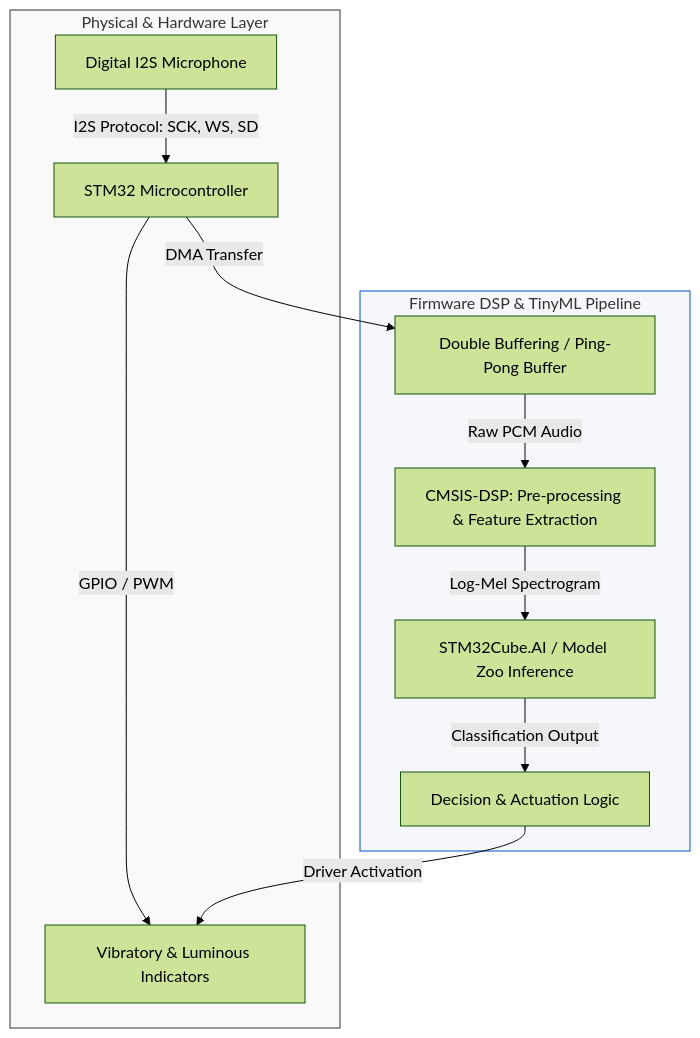
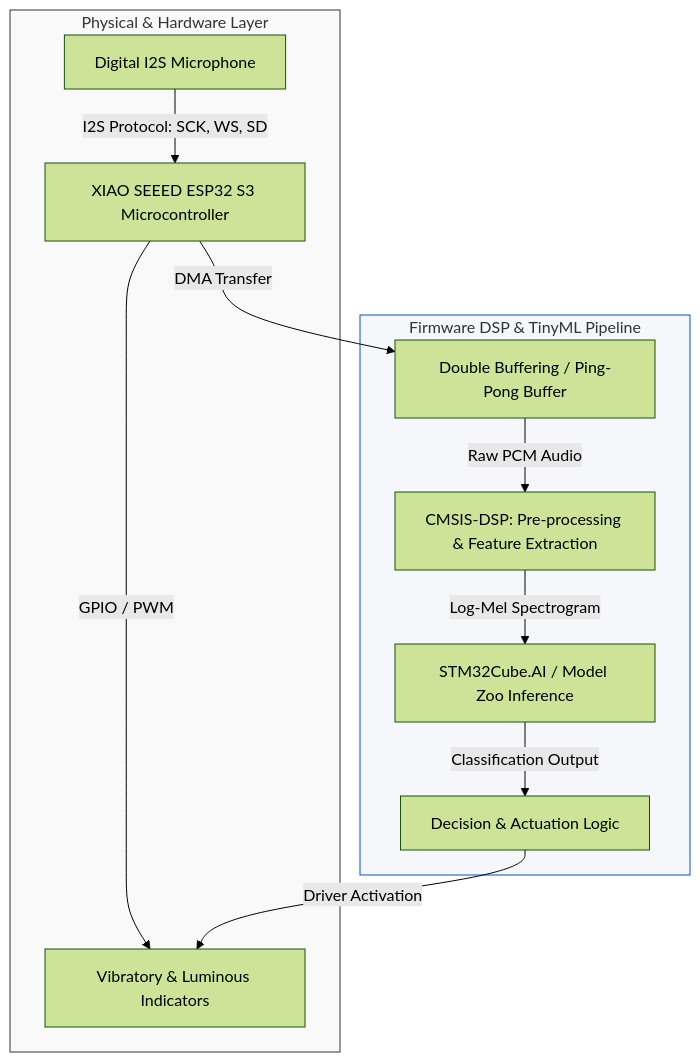
One commit to Alvan-gd/Proyecto_Modular changed the diagram in README.md. Above: the diagram before and after it, drawn with Mermaid (forest theme). The commit also changed 1 other file, not shown here.

Commit message:
[FRED] - Se añadio la informacion sobre la borad que se usará asi como la configuracion adecuada al dispositivo para que el IDF pueda conectarse y comunicarse correcamente con la arquitectura de la placa

````diff
--- a/README.md
+++ b/README.md
@@ -18,20 +18,20 @@
 ```mermaid
 graph TD
     %% Hardware/Physical Layer
     subgraph Physical_Layer [Physical & Hardware Layer]
-        Mic[Digital I2S Microphone] -->|I2S Protocol: SCK, WS, SD| MCU[STM32 Microcontroller]
+        Mic[Digital I2S Microphone] -->|I2S Protocol: SCK, WS, SD| MCU[XIAO SEEED ESP32 S3 Microcontroller]
         MCU -->|GPIO / PWM| Actuators[Vibratory & Luminous Indicators]
     end
 
     %% Firmware Pipeline
     subgraph Firmware_Pipeline [Firmware DSP & TinyML Pipeline]
         MCU -->|DMA Transfer| PingPong[Double Buffering / Ping-Pong Buffer]
         PingPong -->|Raw PCM Audio| DSP_Stage[CMSIS-DSP: Pre-processing & Feature Extraction]
         DSP_Stage -->|Log-Mel Spectrogram| TinyML_Engine[STM32Cube.AI / Model Zoo Inference]
         TinyML_Engine -->|Classification Output| Logic[Decision & Actuation Logic]
         Logic -->|Driver Activation| Actuators
     end
 
     style Physical_Layer fill:#f9f9f9,stroke:#333,stroke-width:1px
     style Firmware_Pipeline fill:#f5f7fa,stroke:#0052cc,stroke-width:1px
 ```
````
